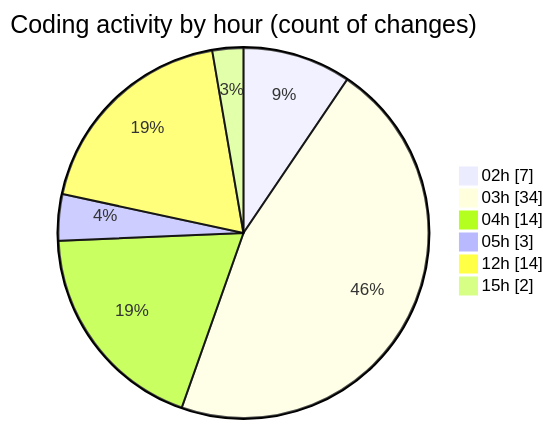
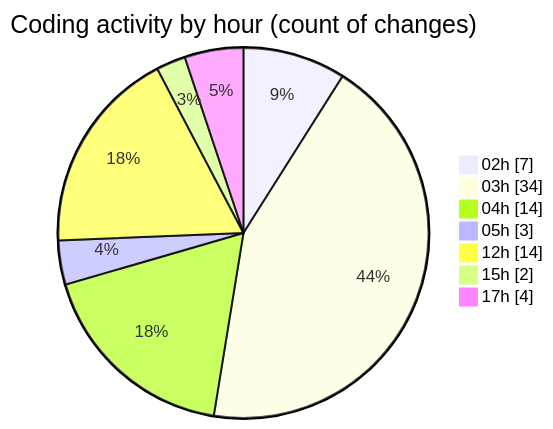
Before and after one commit to JenPaints/code-tracking: the second of 2 diagrams in 2025-05-29/kimberly-groups/README.md, drawn with Mermaid. The commit also changed other lines of this file and 1 other file, not shown here.

````diff
--- a/2025-05-29/kimberly-groups/README.md
+++ b/2025-05-29/kimberly-groups/README.md
@@ -37,10 +37,11 @@
 ```mermaid
 pie showData
 title Coding activity by hour (count of changes)
 "02h" : 7
 "03h" : 34
 "04h" : 14
 "05h" : 3
 "12h" : 14
 "15h" : 2
+"17h" : 4
 ```
````
